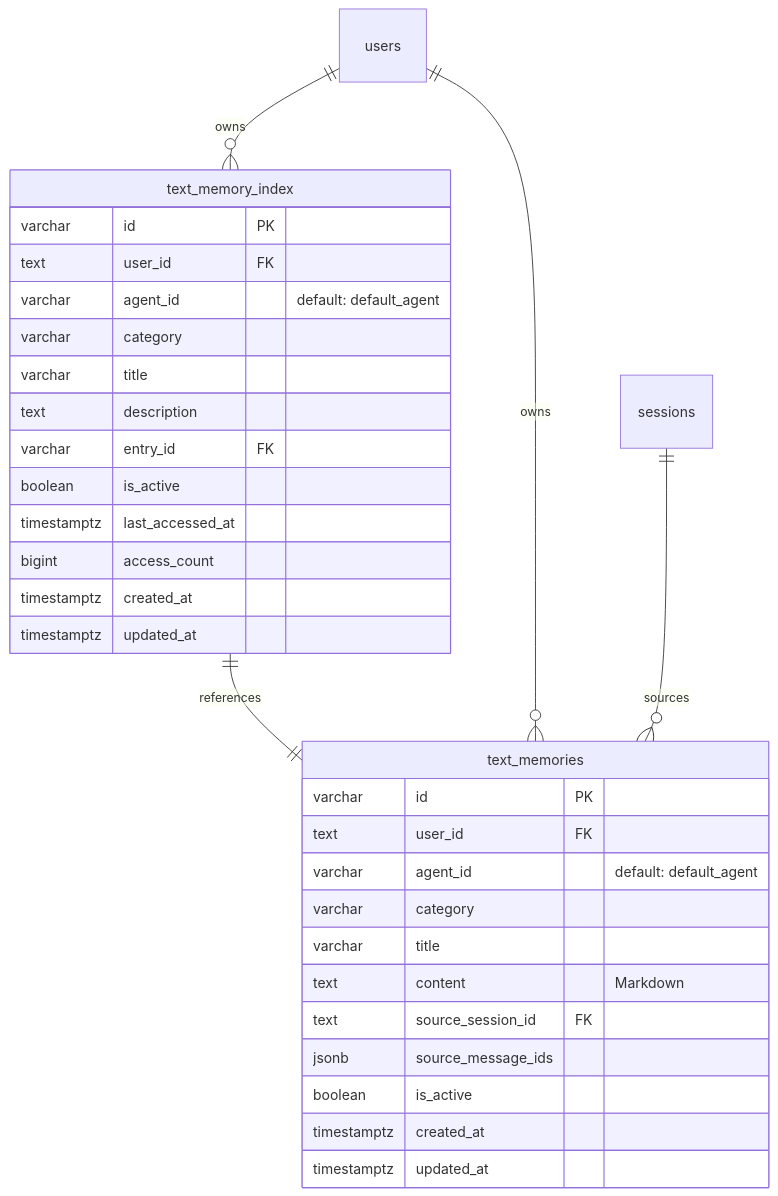
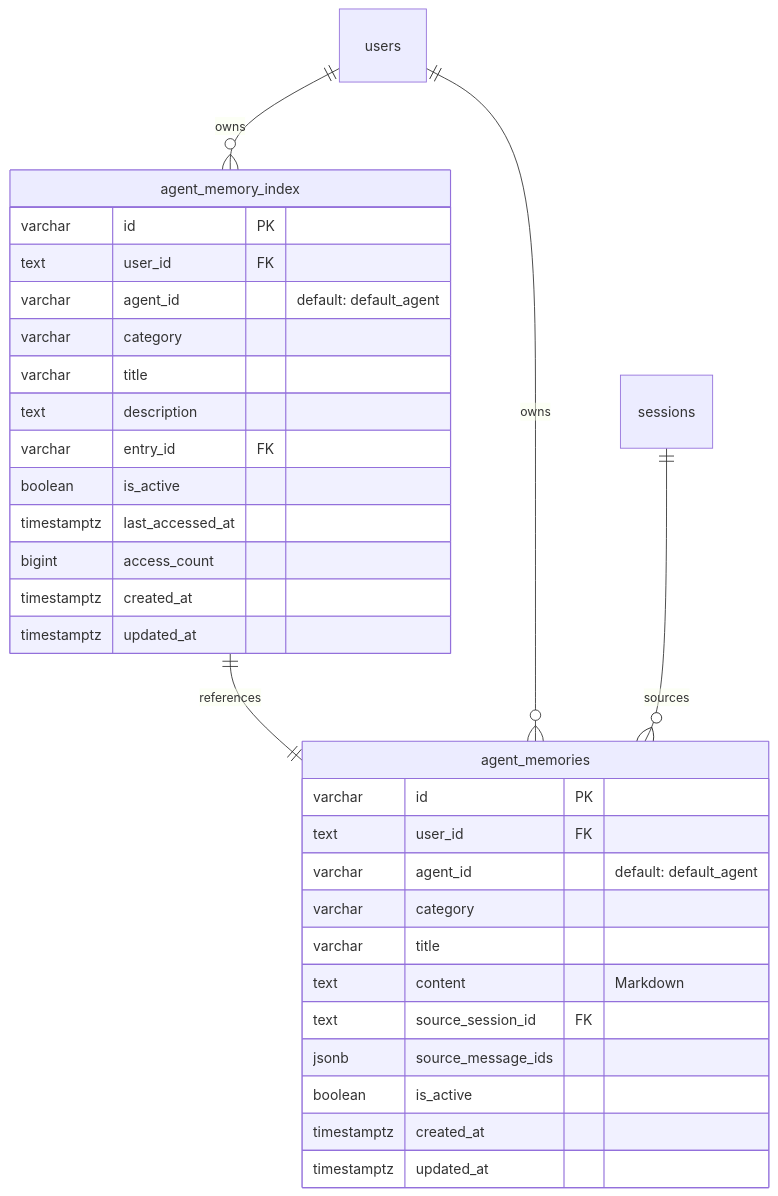
Before and after one commit to RudolphHuang/openclaw_doc: the fourth of 14 diagrams in bar/记忆设计方案.md, drawn with Mermaid. The commit also changed other lines of this file, not shown here.

````diff
--- a/bar/记忆设计方案.md
+++ b/bar/记忆设计方案.md
@@ -207,36 +207,36 @@
 ```mermaid
 erDiagram
-    text_memory_index ||--|| text_memories : references
-    users ||--o{ text_memory_index : owns
-    users ||--o{ text_memories : owns
-    sessions ||--o{ text_memories : sources
+    agent_memory_index ||--|| agent_memories : references
+    users ||--o{ agent_memory_index : owns
+    users ||--o{ agent_memories : owns
+    sessions ||--o{ agent_memories : sources
     
-    text_memory_index {
+    agent_memory_index {
         varchar id PK
         text user_id FK
         varchar agent_id "default: default_agent"
         varchar category
         varchar title
         text description
         varchar entry_id FK
         boolean is_active
         timestamptz last_accessed_at
         bigint access_count
         timestamptz created_at
         timestamptz updated_at
     }
     
-    text_memories {
+    agent_memories {
         varchar id PK
         text user_id FK
         varchar agent_id "default: default_agent"
         varchar category
         varchar title
         text content "Markdown"
         text source_session_id FK
         jsonb source_message_ids
         boolean is_active
         timestamptz created_at
         timestamptz updated_at
     }
 ```
````
